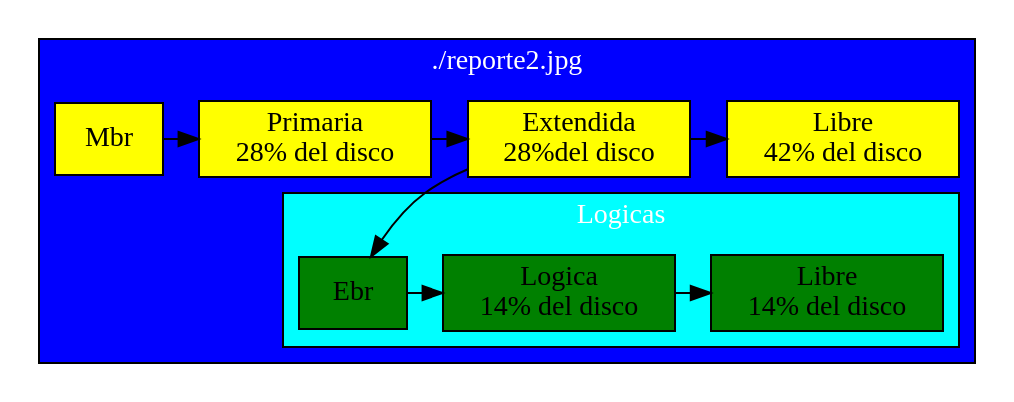
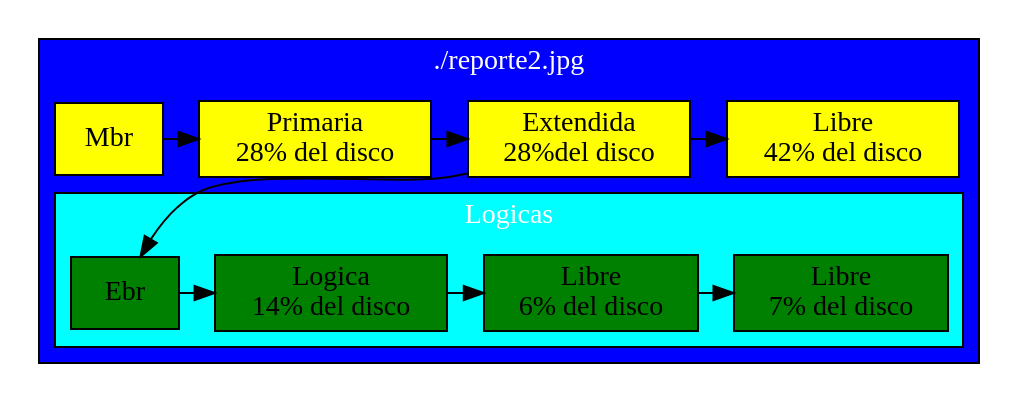
The diagram in Reportd.dot (JoseMore99/-MIA-Proyecto1_201701015), drawn with Graphviz before and after one commit. The commit also changed 20 other files, not shown here.

```diff
--- a/Reportd.dot
+++ b/Reportd.dot
@@ -1,18 +1,19 @@
 digraph G {
  subgraph cluster1 {fillcolor="blue" label="./reporte2.jpg" fontcolor="white" style="filled"
 node [shape=box fillcolor="yellow" style="filled"]
 node0[label="Mbr"];
 node1[label="Primaria\n28% del disco"];
 node2[label="Extendida\n28%del disco"];
 subgraph cluster2 {fillcolor="cyan" label="Logicas"style="filled"
 node [shape=box fillcolor="green" style="filled" ]
 nodel0[label="Ebr"];
 nodel1[label="Logica\n14% del disco"];
-nodel2[label="Libre\n14% del disco"];
-rank=same{nodel0->nodel1->nodel2}
+nodel2[label="Libre\n6% del disco"];
+nodel3[label="Libre\n7% del disco"];
+rank=same{nodel0->nodel1->nodel2->nodel3}
 };
 node3[label="Libre\n42% del disco"];
 rank=same{node0->node1->node2->node3}
 node2->nodel0
 }
 }
```
